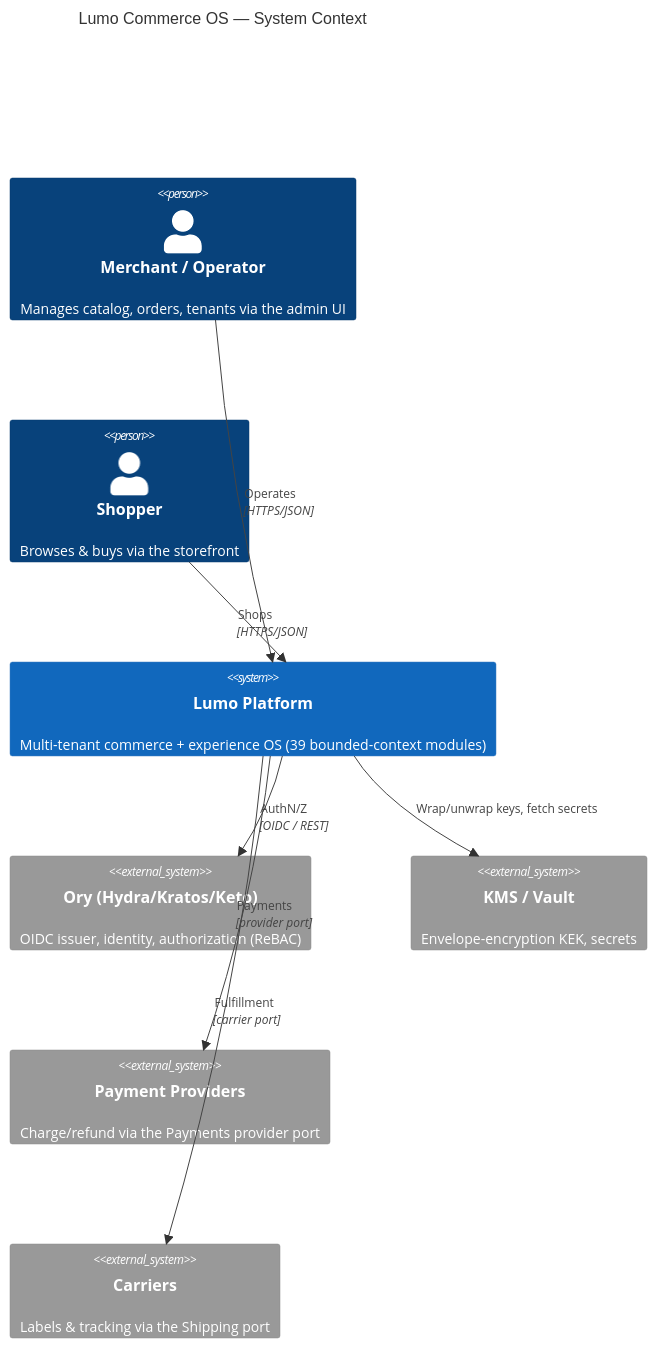
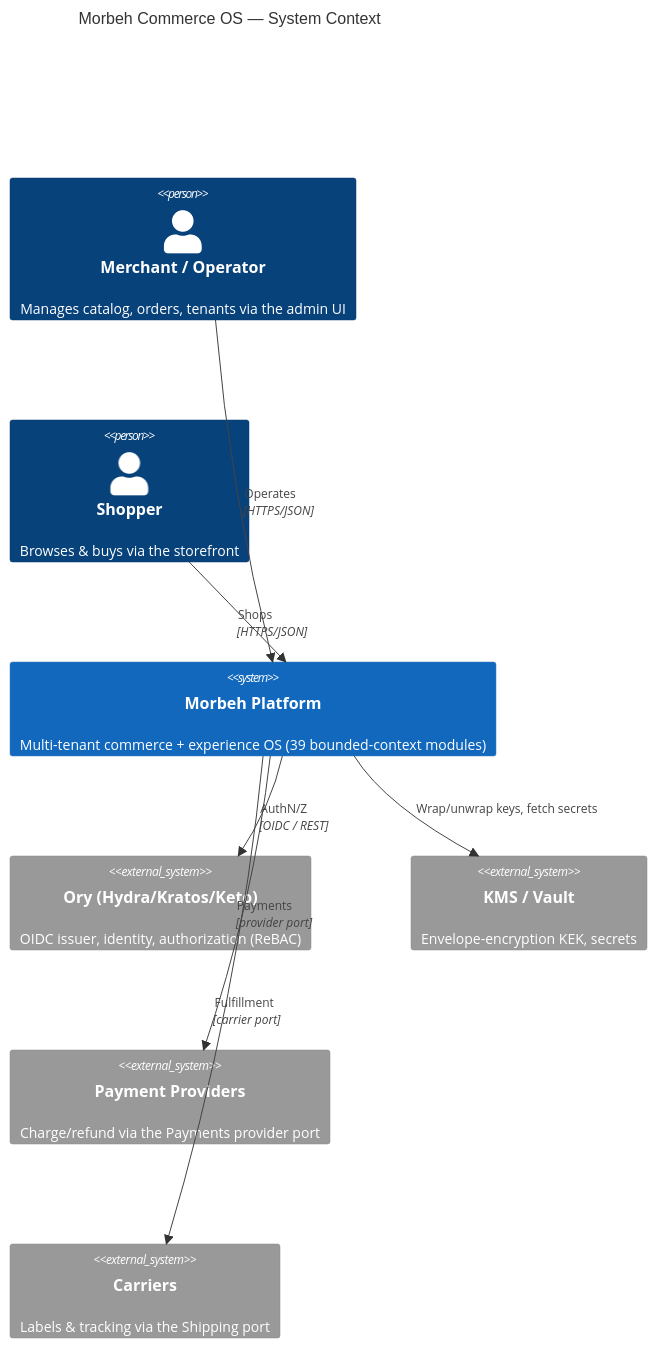
Before and after one commit to AbdoNabi1/lumo-platform-main: the first of 3 diagrams in docs/architecture/diagrams/C4.md, drawn with Mermaid. The commit also changed other lines of this file and 211 other files, not shown here.

````diff
--- a/docs/architecture/diagrams/C4.md
+++ b/docs/architecture/diagrams/C4.md
@@ -10,17 +10,17 @@
 ```mermaid
 C4Context
-  title Lumo Commerce OS — System Context
+  title Morbeh Commerce OS — System Context
   Person(admin, "Merchant / Operator", "Manages catalog, orders, tenants via the admin UI")
   Person(shopper, "Shopper", "Browses & buys via the storefront")
-  System(lumo, "Lumo Platform", "Multi-tenant commerce + experience OS (39 bounded-context modules)")
+  System(morbeh, "Morbeh Platform", "Multi-tenant commerce + experience OS (39 bounded-context modules)")
   System_Ext(ory, "Ory (Hydra/Kratos/Keto)", "OIDC issuer, identity, authorization (ReBAC)")
   System_Ext(kms, "KMS / Vault", "Envelope-encryption KEK, secrets")
   System_Ext(psp, "Payment Providers", "Charge/refund via the Payments provider port")
   System_Ext(carrier, "Carriers", "Labels & tracking via the Shipping port")
-  Rel(shopper, lumo, "Shops", "HTTPS/JSON")
-  Rel(admin, lumo, "Operates", "HTTPS/JSON")
-  Rel(lumo, ory, "AuthN/Z", "OIDC / REST")
-  Rel(lumo, kms, "Wrap/unwrap keys, fetch secrets")
-  Rel(lumo, psp, "Payments", "provider port")
-  Rel(lumo, carrier, "Fulfillment", "carrier port")
+  Rel(shopper, morbeh, "Shops", "HTTPS/JSON")
+  Rel(admin, morbeh, "Operates", "HTTPS/JSON")
+  Rel(morbeh, ory, "AuthN/Z", "OIDC / REST")
+  Rel(morbeh, kms, "Wrap/unwrap keys, fetch secrets")
+  Rel(morbeh, psp, "Payments", "provider port")
+  Rel(morbeh, carrier, "Fulfillment", "carrier port")
 ```
````
